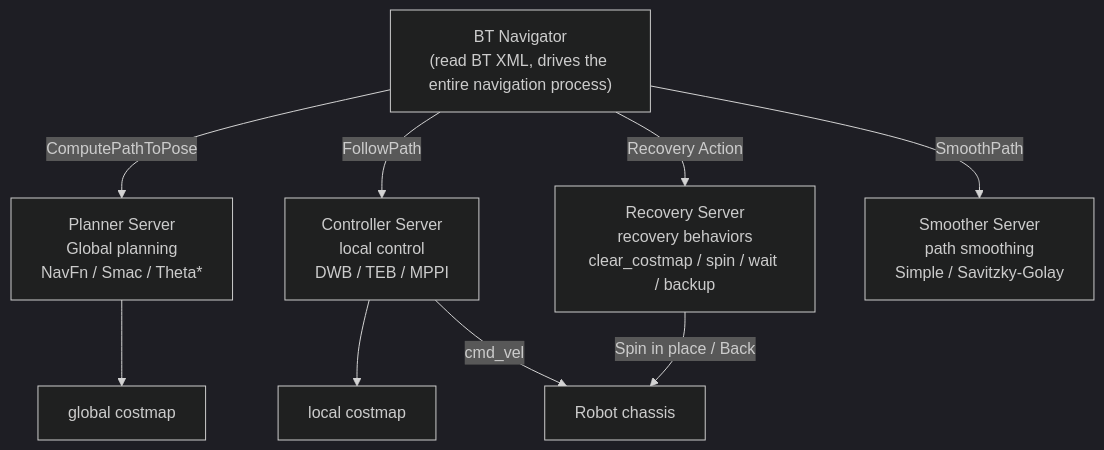
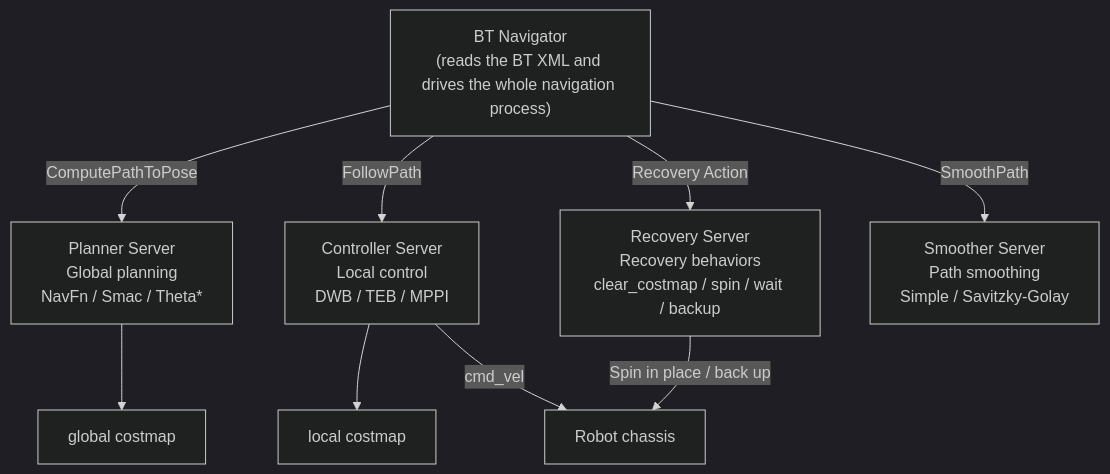
Diagram 17 of 18 in _translations/en/research/Robot-Navigation-Survey.md (TingdeLiu/tingdeliu.github.io), drawn with Mermaid (dark theme) before and after one commit. The commit also changed other lines of this file and 51 other files, not shown here.

````diff
--- a/_translations/en/research/Robot-Navigation-Survey.md
+++ b/_translations/en/research/Robot-Navigation-Survey.md
@@ -2703,14 +2703,14 @@
 ```mermaid
 flowchart TB
-    BTN["BT Navigator\n(read BT XML, drives the entire navigation process)"]
+    BTN["BT Navigator\n(reads the BT XML and drives the whole navigation process)"]
 
     BTN -->|ComputePathToPose| PS["Planner Server\nGlobal planning\nNavFn / Smac / Theta*"]
-    BTN -->|FollowPath| CS["Controller Server\nlocal control\nDWB / TEB / MPPI"]
-    BTN -->|Recovery Action| RS["Recovery Server\nrecovery behaviors\nclear_costmap / spin / wait / backup"]
-    BTN -->|SmoothPath| SS["Smoother Server\npath smoothing\nSimple / Savitzky-Golay"]
+    BTN -->|FollowPath| CS["Controller Server\nLocal control\nDWB / TEB / MPPI"]
+    BTN -->|Recovery Action| RS["Recovery Server\nRecovery behaviors\nclear_costmap / spin / wait / backup"]
+    BTN -->|SmoothPath| SS["Smoother Server\nPath smoothing\nSimple / Savitzky-Golay"]
 
     PS --> GCM["global costmap"]
     CS --> LCM["local costmap"]
     CS -->|cmd_vel| Robot["Robot chassis"]
-    RS -->|Spin in place / Back| Robot
+    RS -->|Spin in place / back up| Robot
 ```
````
